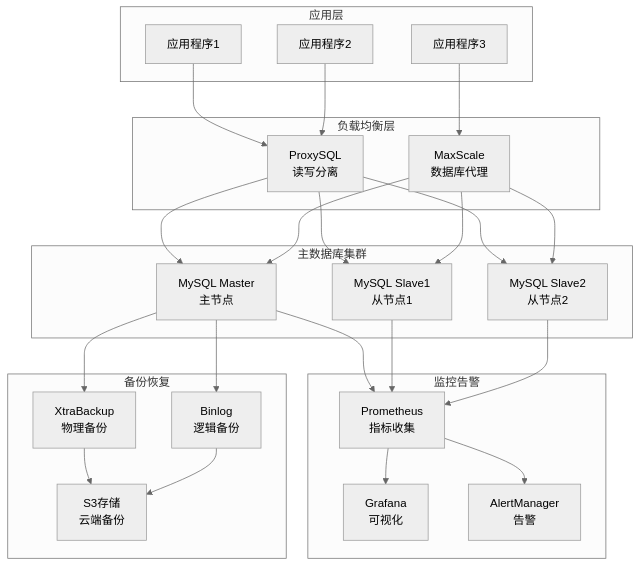
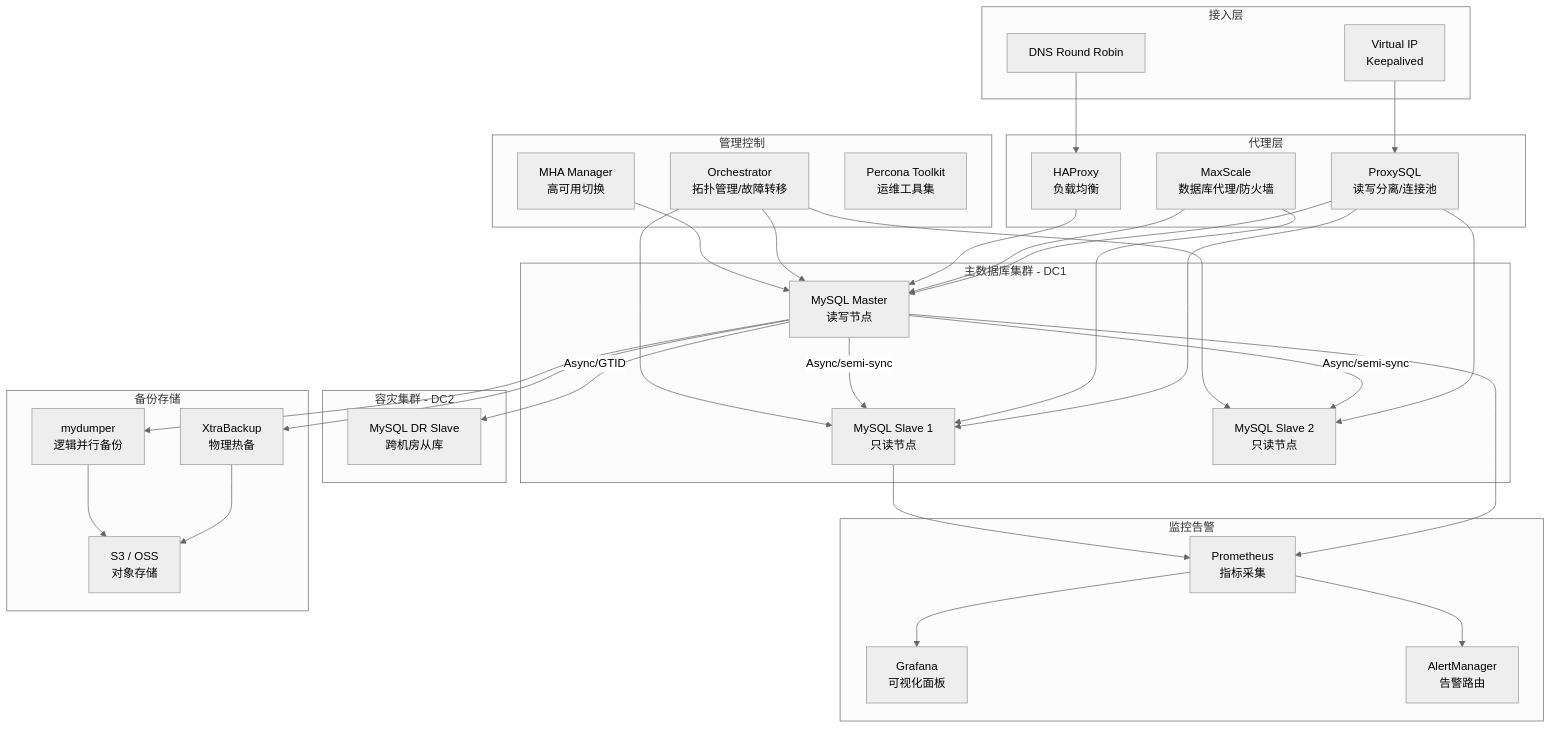
One commit to kudig-io/kudig-database changed the first of 2 diagrams in domain-28-enterprise-database-middleware/01-mysql-enterprise-database.md. Above: the diagram before and after it, drawn with Mermaid (neutral theme). The commit also changed other lines of this file and 8633 other files, not shown here.

````diff
--- a/domain-28-enterprise-database-middleware/01-mysql-enterprise-database.md
+++ b/domain-28-enterprise-database-middleware/01-mysql-enterprise-database.md
@@ -85,55 +62,69 @@
 ```mermaid
 graph TB
-    subgraph "应用层"
-        APP1[应用程序1]
-        APP2[应用程序2]
-        APP3[应用程序3]
+    subgraph "接入层"
+        VIP[Virtual IP<br/>Keepalived]
+        DNS[DNS Round Robin]
     end
-    
-    subgraph "负载均衡层"
-        PROXYSQL[ProxySQL<br/>读写分离]
-        MAXSCALE[MaxScale<br/>数据库代理]
+
+    subgraph "代理层"
+        PROXYSQL[ProxySQL<br/>读写分离/连接池]
+        MAXSCALE[MaxScale<br/>数据库代理/防火墙]
+        HAPROXY[HAProxy<br/>负载均衡]
     end
-    
-    subgraph "主数据库集群"
-        MASTER[MySQL Master<br/>主节点]
-        SLAVE1[MySQL Slave1<br/>从节点1]
-        SLAVE2[MySQL Slave2<br/>从节点2]
+
+    subgraph "主数据库集群 - DC1"
+        MASTER[MySQL Master<br/>读写节点]
+        SLAVE1[MySQL Slave 1<br/>只读节点]
+        SLAVE2[MySQL Slave 2<br/>只读节点]
     end
-    
+
+    subgraph "容灾集群 - DC2"
+        DRSLAVE[MySQL DR Slave<br/>跨机房从库]
+    end
+
+    subgraph "管理控制"
+        ORC[Orchestrator<br/>拓扑管理/故障转移]
+        MHA[MHA Manager<br/>高可用切换]
+        PT[Percona Toolkit<br/>运维工具集]
+    end
+
     subgraph "监控告警"
-        PROMETHEUS[Prometheus<br/>指标收集]
-        GRAFANA[Grafana<br/>可视化]
-        ALERTMANAGER[AlertManager<br/>告警]
+        PROM[Prometheus<br/>指标采集]
+        GRAF[Grafana<br/>可视化面板]
+        ALERT[AlertManager<br/>告警路由]
     end
-    
-    subgraph "备份恢复"
-        BACKUP[XtraBackup<br/>物理备份]
-        BINLOG[Binlog<br/>逻辑备份]
-        S3[S3存储<br/>云端备份]
+
+    subgraph "备份存储"
+        XTRA[XtraBackup<br/>物理热备]
+        MYD[mydumper<br/>逻辑并行备份]
+        S3[S3 / OSS<br/>对象存储]
     end
-    
-    APP1 --> PROXYSQL
-    APP2 --> PROXYSQL
-    APP3 --> MAXSCALE
-    
+
+    VIP --> PROXYSQL
+    DNS --> HAPROXY
     PROXYSQL --> MASTER
     PROXYSQL --> SLAVE1
     PROXYSQL --> SLAVE2
-    
     MAXSCALE --> MASTER
     MAXSCALE --> SLAVE1
-    MAXSCALE --> SLAVE2
-    
-    MASTER --> PROMETHEUS
-    SLAVE1 --> PROMETHEUS
-    SLAVE2 --> PROMETHEUS
-    
-    PROMETHEUS --> GRAFANA
-    PROMETHEUS --> ALERTMANAGER
-    
-    MASTER --> BACKUP
-    MASTER --> BINLOG
-    BACKUP --> S3
-    BINLOG --> S3
+    HAPROXY --> MASTER
+
+    MASTER -->|Async/semi-sync| SLAVE1
+    MASTER -->|Async/semi-sync| SLAVE2
+    MASTER -->|Async/GTID| DRSLAVE
+
+    ORC --> MASTER
+    ORC --> SLAVE1
+    ORC --> SLAVE2
+    MHA --> MASTER
+
+    MASTER --> PROM
+    SLAVE1 --> PROM
+    PROM --> GRAF
+    PROM --> ALERT
+
+    MASTER --> XTRA
+    MASTER --> MYD
+    XTRA --> S3
+    MYD --> S3
 ```
````
